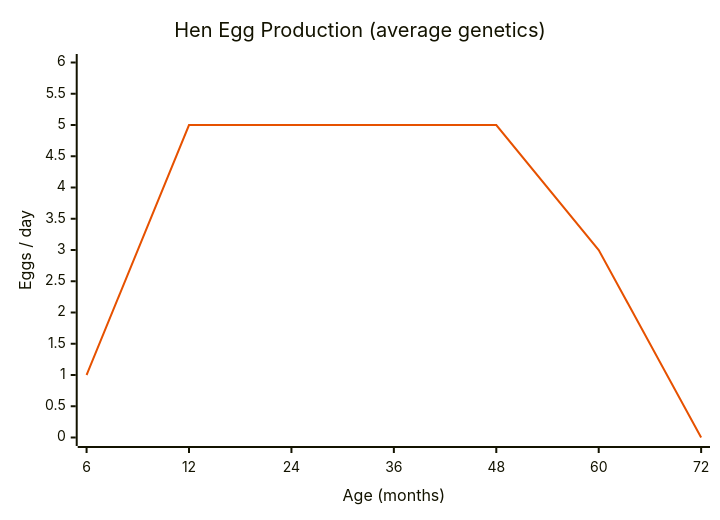
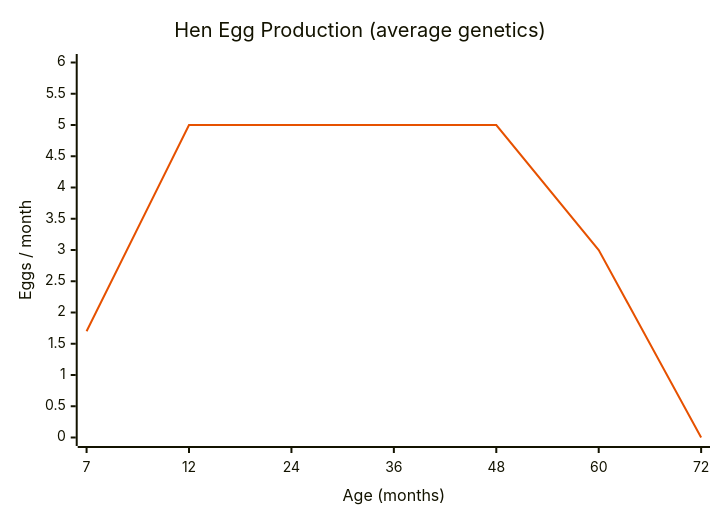
One commit to rittermod/FS25_RealisticLivestockRM changed the diagram in docs/user-guide/factsheet-chickens.md. Above: the diagram before and after it, drawn with Mermaid. The commit also changed other lines of this file and 23 other files, not shown here.

````diff
--- a/docs/user-guide/factsheet-chickens.md
+++ b/docs/user-guide/factsheet-chickens.md
@@ -40,8 +39,8 @@
 ```mermaid
 %%{init: {"themeVariables": {"xyChart": {"plotColorPalette": "#e65100"}}}}%%
 xychart-beta
     title "Hen Egg Production (average genetics)"
-    x-axis "Age (months)" [6, 12, 24, 36, 48, 60, 72]
-    y-axis "Eggs / day" 0 --> 6
-    line [1, 5, 5, 5, 5, 3, 0]
+    x-axis "Age (months)" [7, 12, 24, 36, 48, 60, 72]
+    y-axis "Eggs / month" 0 --> 6
+    line [1.7, 5, 5, 5, 5, 3, 0]
 ```
````
